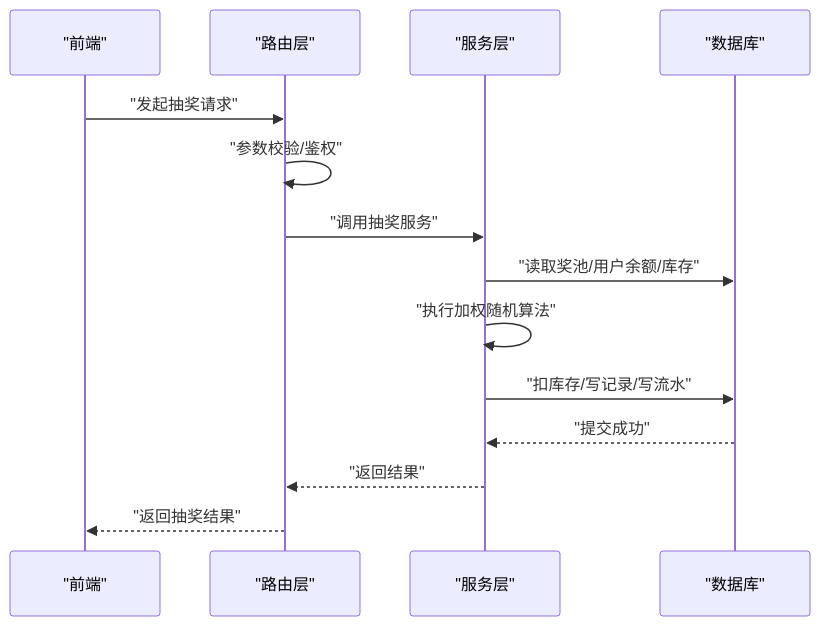
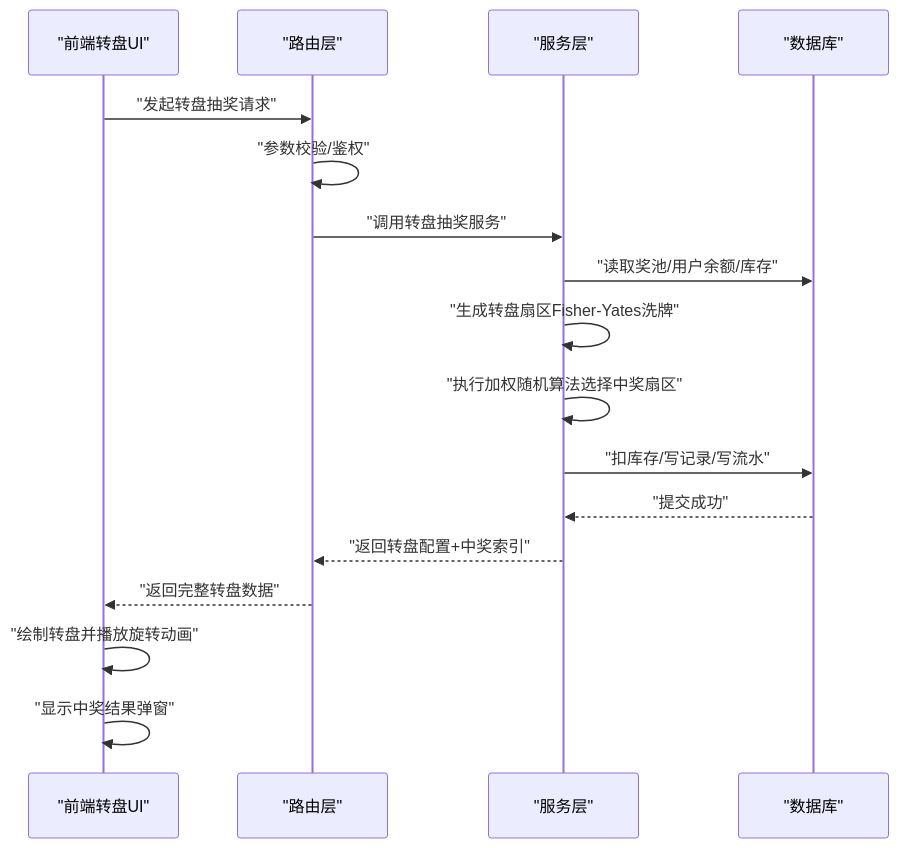
The second of 7 diagrams in .qoder/repowiki/zh/content/积分兑换系统/核心功能模块/抽奖系统.md (onebody/homework), drawn with Mermaid before and after one commit. The commit also changed other lines of this file and 3 other files, not shown here.

````diff
--- a/.qoder/repowiki/zh/content/积分兑换系统/核心功能模块/抽奖系统.md
+++ b/.qoder/repowiki/zh/content/积分兑换系统/核心功能模块/抽奖系统.md
@@ -102,16 +113,19 @@
 ```mermaid
 sequenceDiagram
-participant FE as "前端"
+participant FE as "前端转盘UI"
 participant R as "路由层"
 participant S as "服务层"
 participant DB as "数据库"
-FE->>R : "发起抽奖请求"
+FE->>R : "发起转盘抽奖请求"
 R->>R : "参数校验/鉴权"
-R->>S : "调用抽奖服务"
+R->>S : "调用转盘抽奖服务"
 S->>DB : "读取奖池/用户余额/库存"
-S->>S : "执行加权随机算法"
+S->>S : "生成转盘扇区Fisher-Yates洗牌"
+S->>S : "执行加权随机算法选择中奖扇区"
 S->>DB : "扣库存/写记录/写流水"
 DB-->>S : "提交成功"
-S-->>R : "返回结果"
-R-->>FE : "返回抽奖结果"
+S-->>R : "返回转盘配置+中奖索引"
+R-->>FE : "返回完整转盘数据"
+FE->>FE : "绘制转盘并播放旋转动画"
+FE->>FE : "显示中奖结果弹窗"
 ```
````
